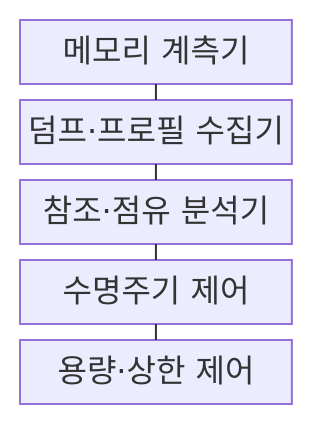
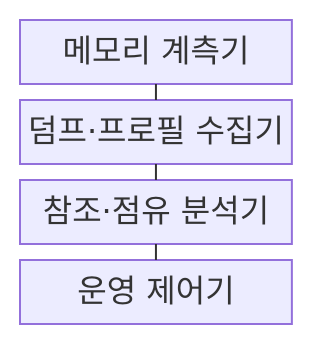
The first of 2 diagrams in src/content/docs/notes/03-software/211_memory_leak_heap_overflow.md (agnusdei1207/knowledge-base), drawn with Mermaid before and after one commit. The commit also changed other lines of this file and 20 other files, not shown here.

````diff
--- a/src/content/docs/notes/03-software/211_memory_leak_heap_overflow.md
+++ b/src/content/docs/notes/03-software/211_memory_leak_heap_overflow.md
@@ -52,13 +55,11 @@
 ```mermaid
 block-beta
     columns 1
     A["메모리 계측기"]
     B["덤프·프로필 수집기"]
     C["참조·점유 분석기"]
-    D["수명주기 제어"]
-    E["용량·상한 제어"]
+    D["운영 제어기"]
     A --- B
     B --- C
     C --- D
-    D --- E
 ```
````
